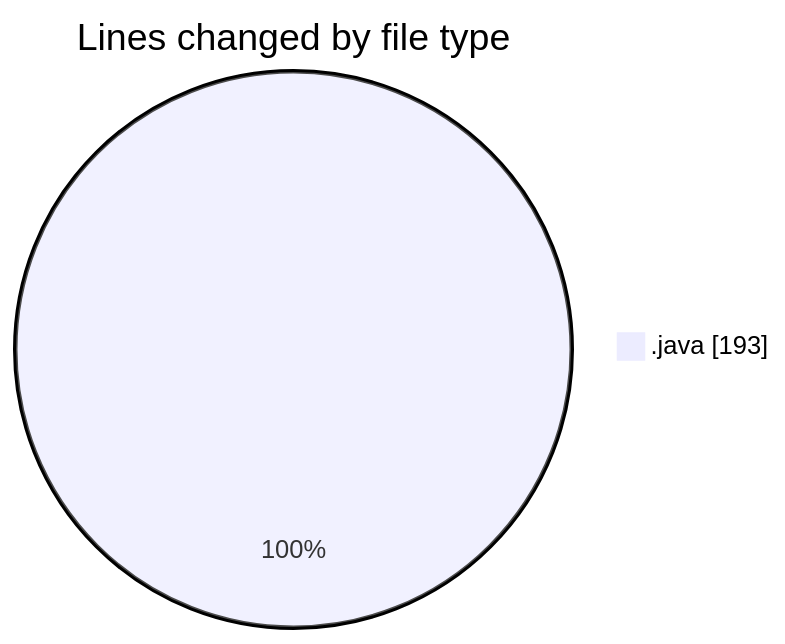
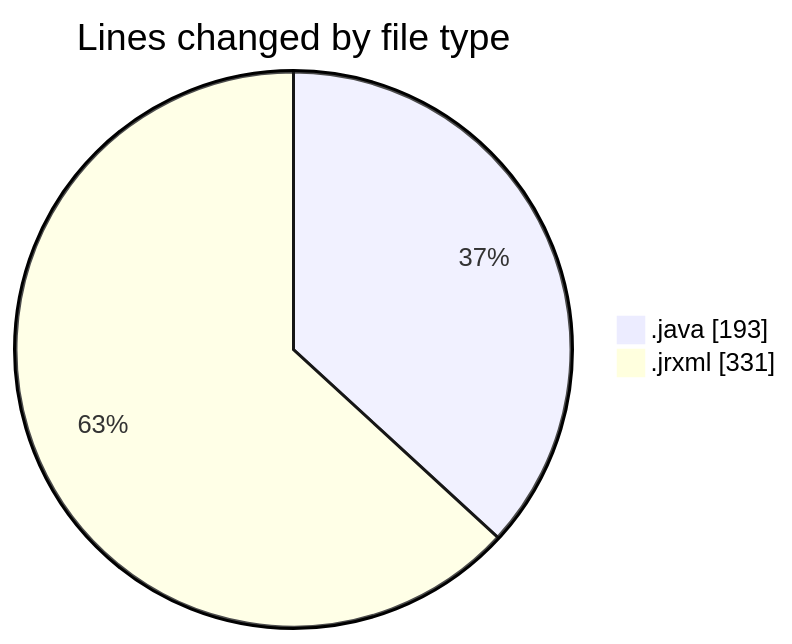
One commit to ricardozamudiocil/code-tracking changed the first of 2 diagrams in 2026-04-24/cilreports__workspace_/README.md. Above: the diagram before and after it, drawn with Mermaid. The commit also changed other lines of this file and 1 other file, not shown here.

````diff
--- a/2026-04-24/cilreports__workspace_/README.md
+++ b/2026-04-24/cilreports__workspace_/README.md
@@ -22,5 +23,6 @@
 ```mermaid
 pie showData
 title Lines changed by file type
 ".java" : 193
+".jrxml" : 331
 ```
````
